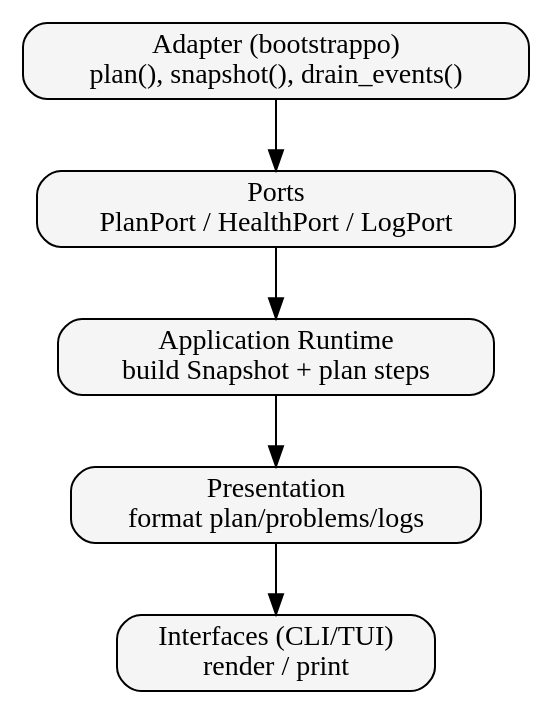
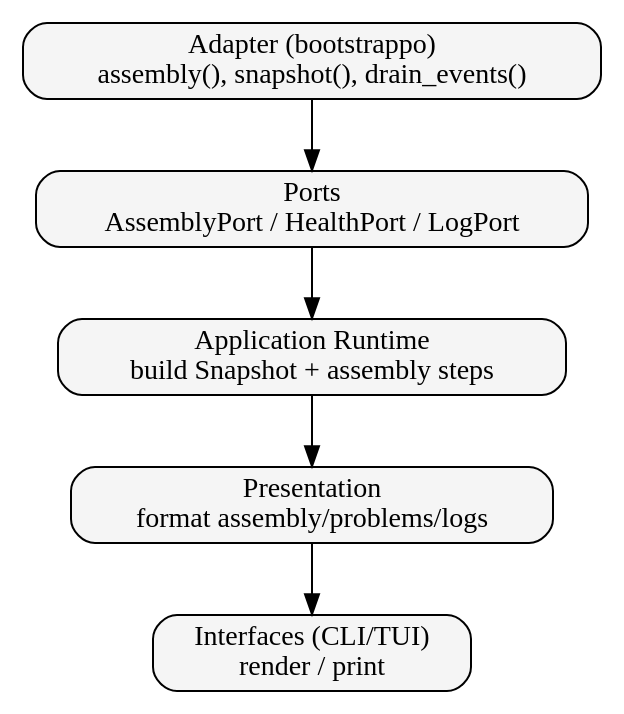
One commit to obaven/rotappo changed the diagram in docs/book/architecture/runtime-sequence.md. Above: the diagram before and after it, drawn with Graphviz. The commit also changed other lines of this file and 161 other files, not shown here.

Commit message:
refactor: rename plan to assembly

````diff
--- a/docs/book/architecture/runtime-sequence.md
+++ b/docs/book/architecture/runtime-sequence.md
@@ -5,14 +5,14 @@
 ```dot process
 digraph RuntimeFlow {
   rankdir=TB;
   node [shape=box, style="rounded,filled", fillcolor="#f5f5f5"];
 
-  adapter [label="Adapter (bootstrappo)\nplan(), snapshot(), drain_events()"];
-  ports [label="Ports\nPlanPort / HealthPort / LogPort"];
-  application [label="Application Runtime\nbuild Snapshot + plan steps"];
-  presentation [label="Presentation\nformat plan/problems/logs"];
+  adapter [label="Adapter (bootstrappo)\nassembly(), snapshot(), drain_events()"];
+  ports [label="Ports\nAssemblyPort / HealthPort / LogPort"];
+  application [label="Application Runtime\nbuild Snapshot + assembly steps"];
+  presentation [label="Presentation\nformat assembly/problems/logs"];
   interfaces [label="Interfaces (CLI/TUI)\nrender / print"];
 
   adapter -> ports -> application -> presentation -> interfaces;
 }
 ```
````
